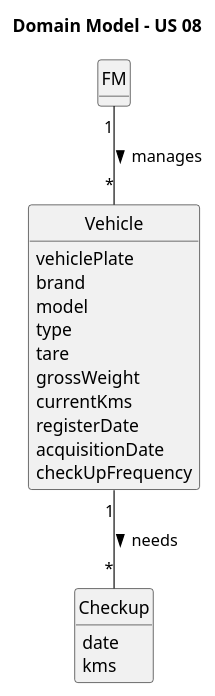
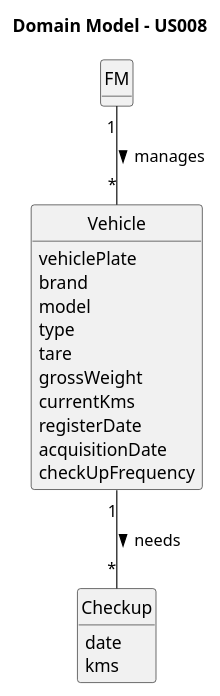
The diagram in docs/sprintA/us008/02.analysis/puml/us008-domain-model.puml (Departamento-de-Engenharia-Informatica/lei-24-s2-1dm-g132), drawn with PlantUML before and after one commit.

Commit message:
US008 update domain model

```diff
--- a/docs/sprintA/us008/02.analysis/puml/us008-domain-model.puml
+++ b/docs/sprintA/us008/02.analysis/puml/us008-domain-model.puml
@@ -1,41 +1,41 @@
 @startuml
 skinparam monochrome true
 skinparam packageStyle rectangle
 skinparam shadowing false
 
 'left to right direction
 
 skinparam classAttributeIconSize 0
 
 hide circle
 hide methods
 
-title Domain Model - US 08
+title Domain Model - US008
 
 
 class Vehicle {
     vehiclePlate
     brand
     model
     type
     tare
     grossWeight
     currentKms
     registerDate
     acquisitionDate
     checkUpFrequency
 }
 
 class FM {
 }
 
 class Checkup {
     date
     kms
 }
 
 FM "1" -- "*" Vehicle : manages >
 Vehicle "1" -- "*" Checkup : needs >
 
 
 @enduml
```
